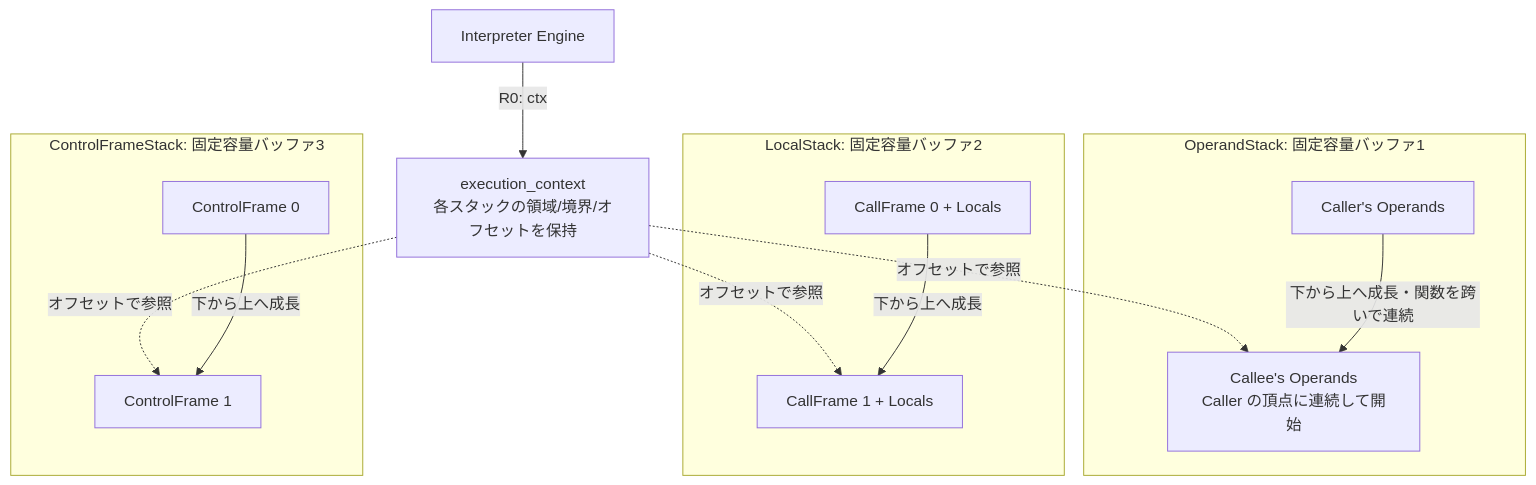
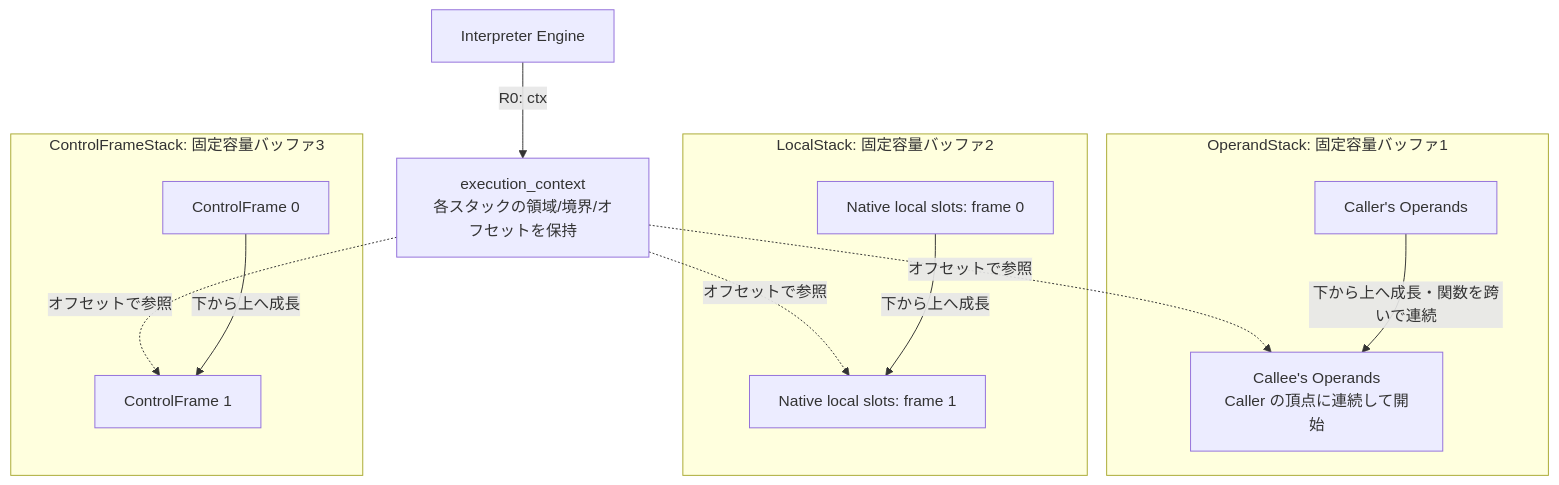
One commit to kmt-t/fireball changed the first of 4 diagrams in docs/components/tier2_runtime/runtime_interpreter.md. Above: the diagram before and after it, drawn with Mermaid. The commit also changed other lines of this file and 24 other files, not shown here.

Commit message:
Refine project architecture and validation workflows

````diff
--- a/docs/components/tier2_runtime/runtime_interpreter.md
+++ b/docs/components/tier2_runtime/runtime_interpreter.md
@@ -28,27 +28,27 @@
 ```mermaid
 graph TD
     Ctx[execution_context<br/>各スタックの領域/境界/オフセットを保持]
 
     subgraph Operand_Stack_Memory["OperandStack: 固定容量バッファ1"]
         Op0[Caller's Operands]
         Op1[Callee's Operands<br/>Caller の頂点に連続して開始]
     end
 
     subgraph Local_Stack_Memory["LocalStack: 固定容量バッファ2"]
-        Loc0[CallFrame 0 + Locals]
-        Loc1[CallFrame 1 + Locals]
+        Loc0[Native local slots: frame 0]
+        Loc1[Native local slots: frame 1]
     end
 
     subgraph Control_Frame_Memory["ControlFrameStack: 固定容量バッファ3"]
         Ctrl0[ControlFrame 0]
         Ctrl1[ControlFrame 1]
     end
 
     Engine[Interpreter Engine] -- R0: ctx --> Ctx
     Ctx -. "オフセットで参照" .-> Op1
     Ctx -. "オフセットで参照" .-> Loc1
     Ctx -. "オフセットで参照" .-> Ctrl1
     Op0 -- "下から上へ成長・関数を跨いで連続" --> Op1
     Loc0 -- "下から上へ成長" --> Loc1
     Ctrl0 -- "下から上へ成長" --> Ctrl1
 ```
````
